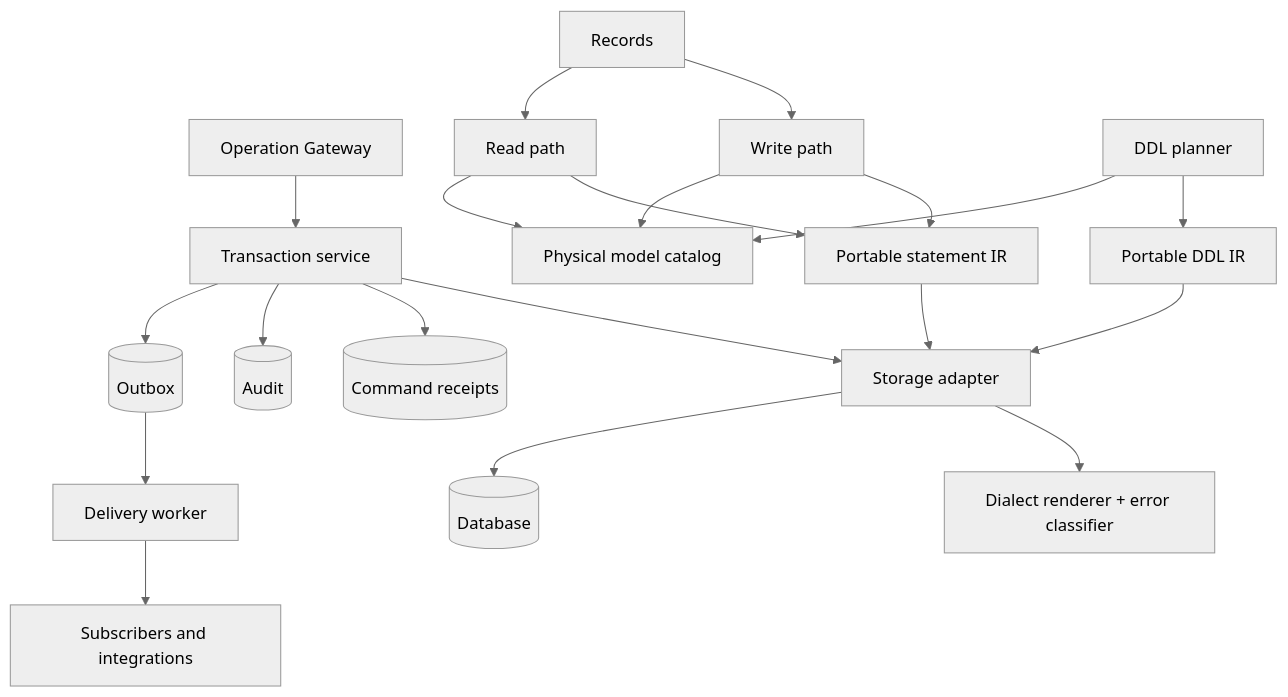
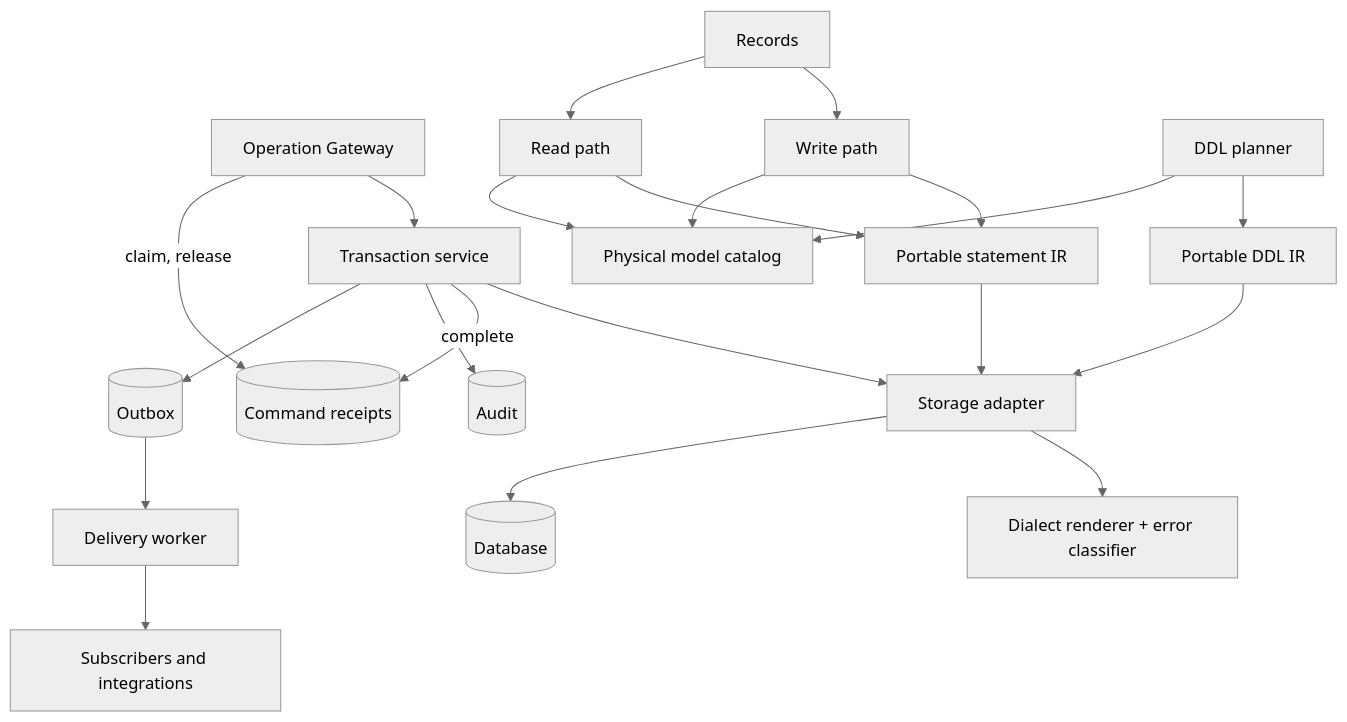
The first of 2 diagrams in docs/ERP-STORAGE.md (leaderiop/Bridger), drawn with Mermaid (neutral theme) before and after one commit. The commit also changed other lines of this file and 173 other files, not shown here.

````diff
--- a/docs/ERP-STORAGE.md
+++ b/docs/ERP-STORAGE.md
@@ -26,22 +26,23 @@
 ```mermaid
 flowchart TB
     Gateway[Operation Gateway] --> Tx[Transaction service]
     Records[Records] --> Writer[Write path]
     Records --> Reader[Read path]
     Writer --> IR[Portable statement IR]
     Reader --> IR
     Planner[DDL planner] --> DDLIR[Portable DDL IR]
     IR --> Adapter[Storage adapter]
     DDLIR --> Adapter
     Tx --> Adapter
     Writer --> Catalog[Physical model catalog]
     Reader --> Catalog
     Planner --> Catalog
     Adapter --> Render[Dialect renderer + error classifier]
     Adapter --> DB[(Database)]
-    Tx --> Receipts[(Command receipts)]
+    Gateway -->|claim, release| Receipts[(Command receipts)]
+    Tx -->|complete| Receipts
     Tx --> Audit[(Audit)]
     Tx --> Outbox[(Outbox)]
     Outbox --> Worker[Delivery worker]
     Worker --> Subscribers[Subscribers and integrations]
 ```
````
